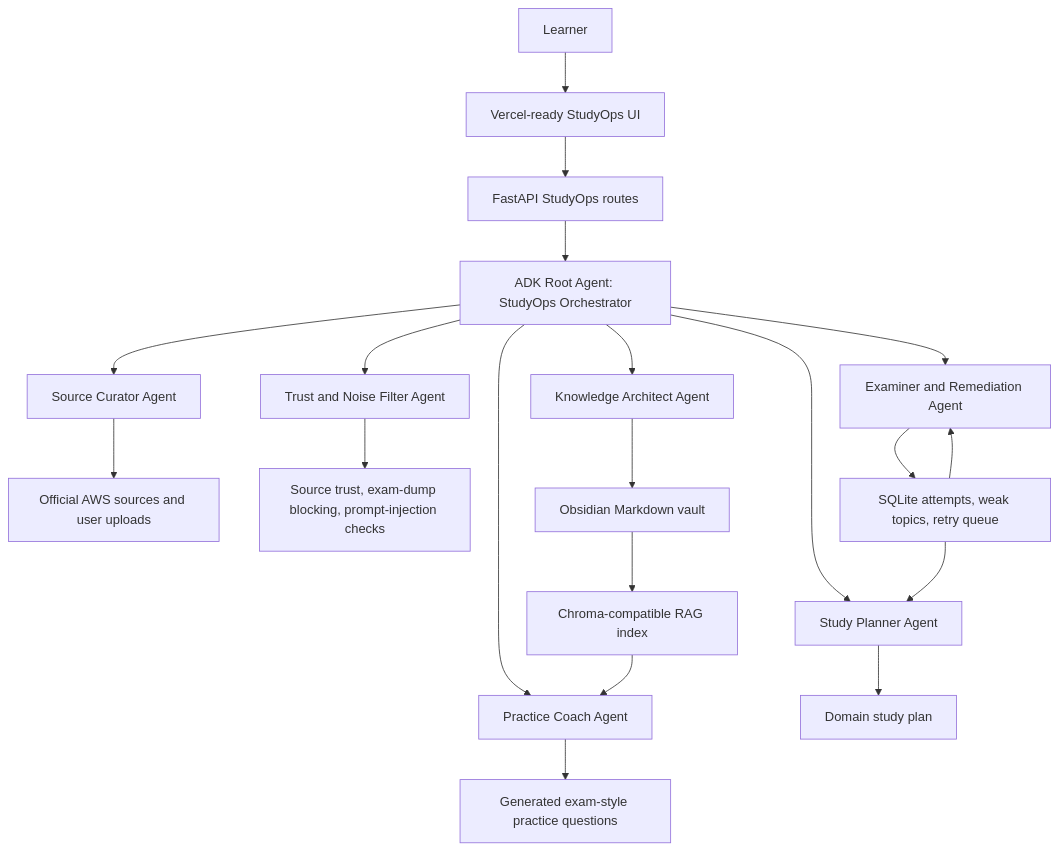
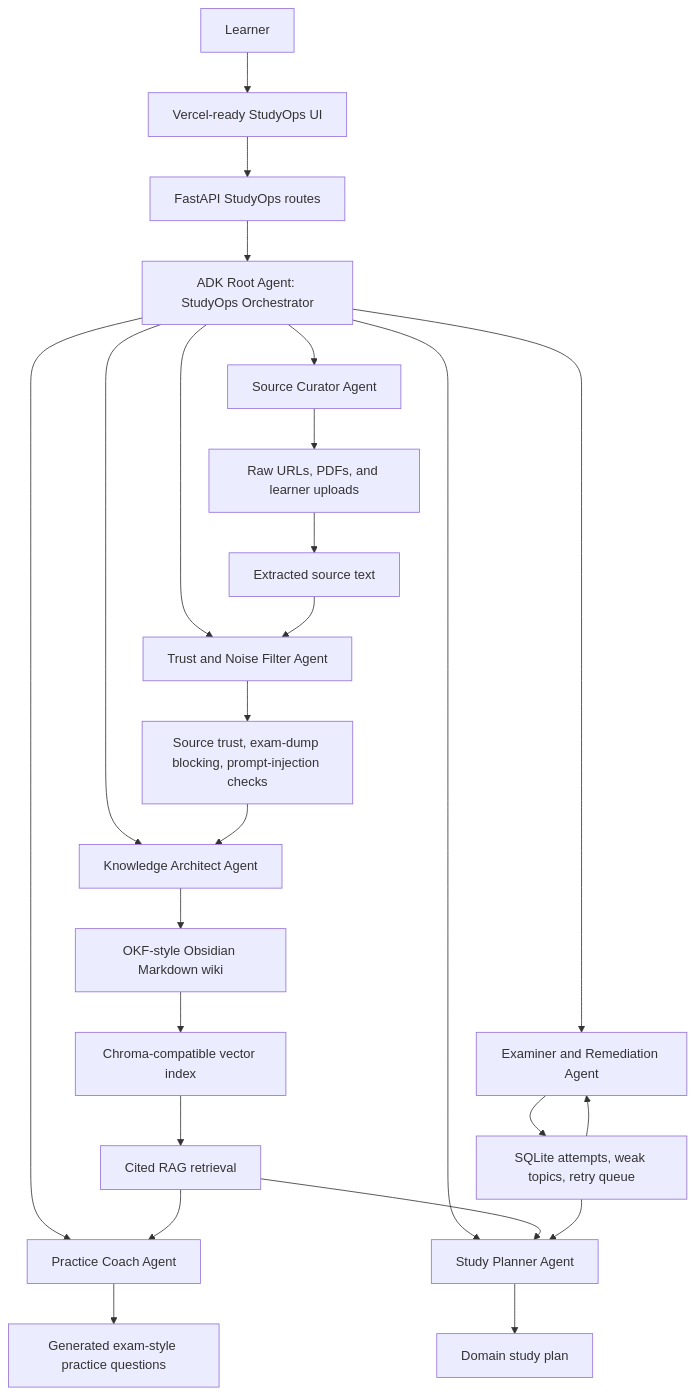
One commit to dennispang626/studyops-agent changed the diagram in submission/architecture-for-writeup.md. Above: the diagram before and after it, drawn with Mermaid. The commit also changed other lines of this file and 7 other files, not shown here.

````diff
--- a/submission/architecture-for-writeup.md
+++ b/submission/architecture-for-writeup.md
@@ -3,25 +3,30 @@
 ```mermaid
 flowchart TD
     U["Learner"] --> UI["Vercel-ready StudyOps UI"]
     UI --> API["FastAPI StudyOps routes"]
     API --> ROOT["ADK Root Agent: StudyOps Orchestrator"]
 
     ROOT --> SC["Source Curator Agent"]
     ROOT --> TF["Trust and Noise Filter Agent"]
     ROOT --> KA["Knowledge Architect Agent"]
     ROOT --> SP["Study Planner Agent"]
     ROOT --> PC["Practice Coach Agent"]
     ROOT --> ER["Examiner and Remediation Agent"]
 
-    SC --> SOURCES["Official AWS sources and user uploads"]
+    SC --> SOURCES["Raw URLs, PDFs, and learner uploads"]
+    SOURCES --> EXTRACT["Extracted source text"]
+    EXTRACT --> TF
     TF --> SAFE["Source trust, exam-dump blocking, prompt-injection checks"]
-    KA --> OBS["Obsidian Markdown vault"]
-    OBS --> RAG["Chroma-compatible RAG index"]
+    SAFE --> KA
+    KA --> OBS["OKF-style Obsidian Markdown wiki"]
+    OBS --> RAG["Chroma-compatible vector index"]
+    RAG --> RET["Cited RAG retrieval"]
     SP --> PLAN["Domain study plan"]
     PC --> QUIZ["Generated exam-style practice questions"]
     ER --> MEM["SQLite attempts, weak topics, retry queue"]
 
-    RAG --> PC
+    RET --> PC
+    RET --> SP
     MEM --> SP
     MEM --> ER
 ```
````
